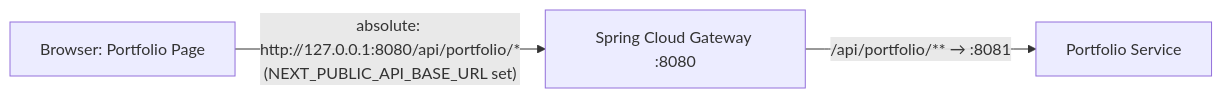
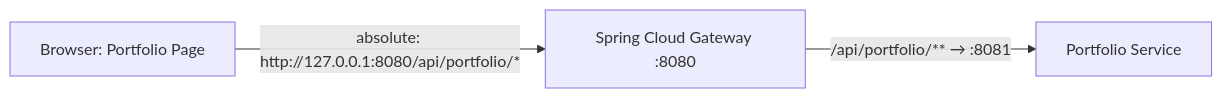
Before and after one commit to vibhanshu-agarwal/wealthmgmtandportfoliotracker: the first of 2 diagrams in docs/e2e-flows/portfolio-service-e2e.md, drawn with Mermaid. The commit also changed other lines of this file and 3 other files, not shown here.

````diff
--- a/docs/e2e-flows/portfolio-service-e2e.md
+++ b/docs/e2e-flows/portfolio-service-e2e.md
@@ -75,5 +75,5 @@
 ```mermaid
 graph LR
-    A[Browser: Portfolio Page] -->|"absolute: http://127.0.0.1:8080/api/portfolio/*\n(NEXT_PUBLIC_API_BASE_URL set)"| C[Spring Cloud Gateway :8080]
-    C -->|/api/portfolio/** → :8081| D[Portfolio Service]
+    A[Browser: Portfolio Page] -->|"absolute: http://127.0.0.1:8080/api/portfolio/*"| C[Spring Cloud Gateway :8080]
+    C -->|"/api/portfolio/** → :8081"| D[Portfolio Service]
 ```
````
